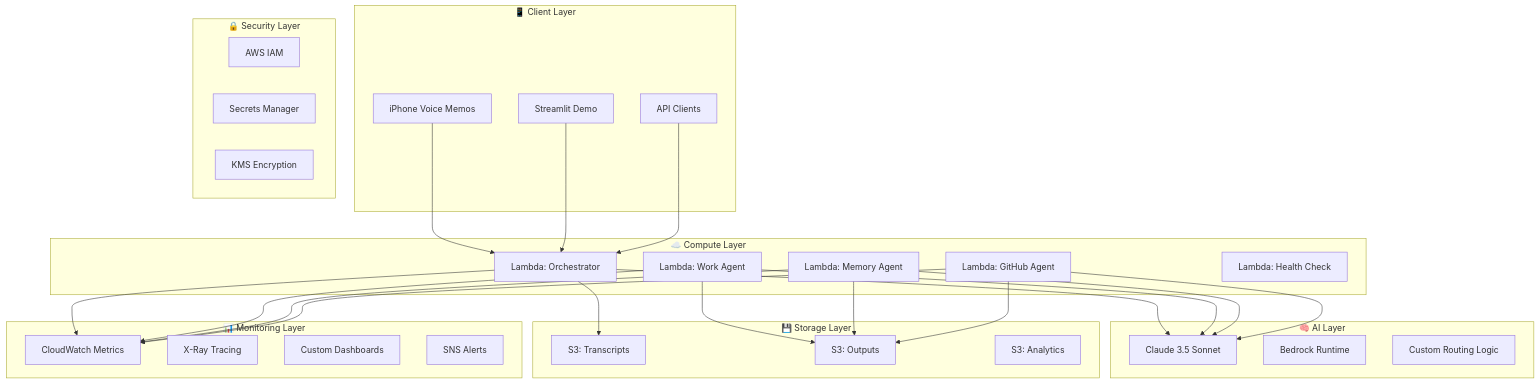
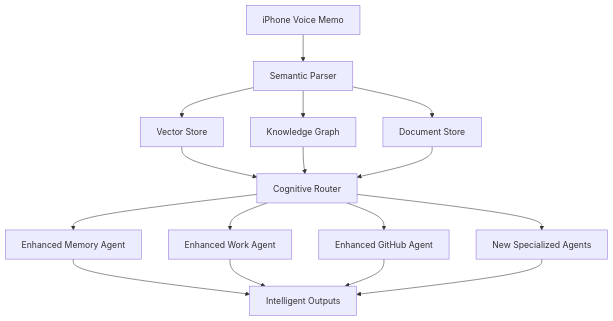
One commit to ford-at-home/whispersync changed the second of 2 diagrams in README.md. Above: the diagram before and after it, drawn with Mermaid. The commit also changed other lines of this file and 111 other files, not shown here.

````diff
--- a/README.md
+++ b/README.md
@@ -312,60 +181,21 @@
 ```mermaid
 graph TB
-    subgraph "📱 Client Layer"
-        A1[iPhone Voice Memos]
-        A2[Streamlit Demo]
-        A3[API Clients]
-    end
+    A[iPhone Voice Memo] --> B[Semantic Parser]
+    B --> C[Vector Store]
+    B --> D[Knowledge Graph]
+    B --> E[Document Store]
     
-    subgraph "🔒 Security Layer"
-        B1[AWS IAM]
-        B2[Secrets Manager]
-        B3[KMS Encryption]
-    end
+    C --> F[Cognitive Router]
+    D --> F
+    E --> F
     
-    subgraph "☁️ Compute Layer"
-        C1[Lambda: Orchestrator]
-        C2[Lambda: Work Agent]
-        C3[Lambda: Memory Agent]
-        C4[Lambda: GitHub Agent]
-        C5[Lambda: Health Check]
-    end
+    F --> G[Enhanced Memory Agent]
+    F --> H[Enhanced Work Agent]  
+    F --> I[Enhanced GitHub Agent]
+    F --> J[New Specialized Agents]
     
-    subgraph "🧠 AI Layer"
-        D1[Claude 3.5 Sonnet]
-        D2[Bedrock Runtime]
-        D3[Custom Routing Logic]
-    end
-    
-    subgraph "💾 Storage Layer"
-        E1[S3: Transcripts]
-        E2[S3: Outputs]
-        E3[S3: Analytics]
-    end
-    
-    subgraph "📊 Monitoring Layer"
-        F1[CloudWatch Metrics]
-        F2[X-Ray Tracing]
-        F3[Custom Dashboards]
-        F4[SNS Alerts]
-    end
-    
-    A1 --> C1
-    A2 --> C1
-    A3 --> C1
-    
-    C1 --> D1
-    C2 --> D1
-    C3 --> D1
-    C4 --> D1
-    
-    C1 --> E1
-    C2 --> E2
-    C3 --> E2
-    C4 --> E2
-    
-    C1 --> F1
-    C2 --> F1
-    C3 --> F1
-    C4 --> F1
+    G --> K[Intelligent Outputs]
+    H --> K
+    I --> K
+    J --> K
 ```
````
